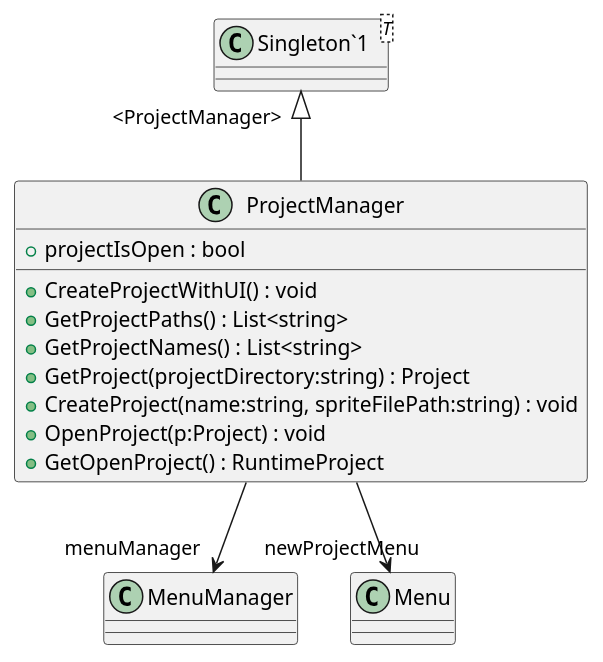
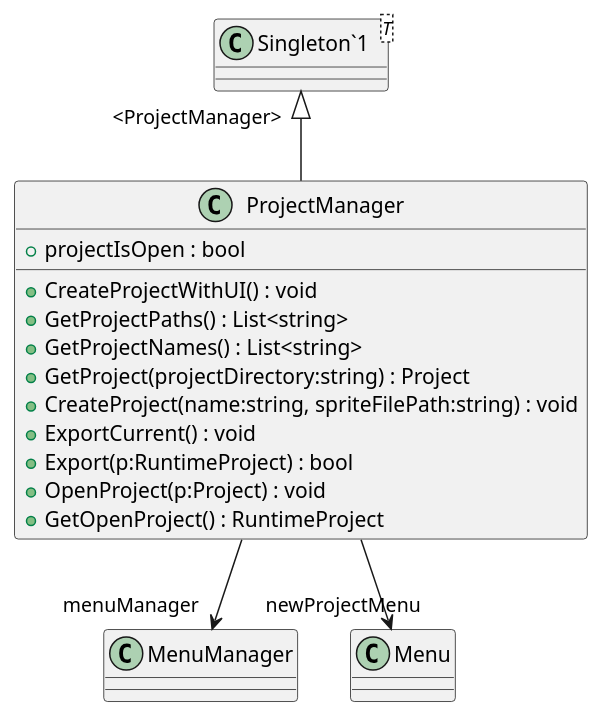
Before and after one commit to streepje8/ToolDev2023: the diagram in UML/ProjectSystem/ProjectManager.puml, drawn with PlantUML. The commit also changed 21 other files, not shown here.

Commit message:
Generate UML (Generate UML)

```diff
--- a/UML/ProjectSystem/ProjectManager.puml
+++ b/UML/ProjectSystem/ProjectManager.puml
@@ -1,17 +1,19 @@
 @startuml
 class ProjectManager {
     + projectIsOpen : bool
     + CreateProjectWithUI() : void
     + GetProjectPaths() : List<string>
     + GetProjectNames() : List<string>
     + GetProject(projectDirectory:string) : Project
     + CreateProject(name:string, spriteFilePath:string) : void
+    + ExportCurrent() : void
+    + Export(p:RuntimeProject) : bool
     + OpenProject(p:Project) : void
     + GetOpenProject() : RuntimeProject
 }
 class "Singleton`1"<T> {
 }
 "Singleton`1" "<ProjectManager>" <|-- ProjectManager
 ProjectManager --> "menuManager" MenuManager
 ProjectManager --> "newProjectMenu" Menu
 @enduml
```
